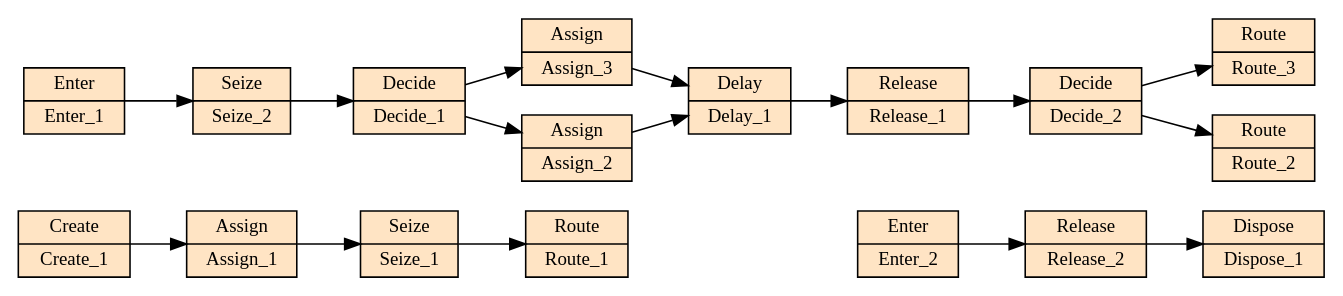
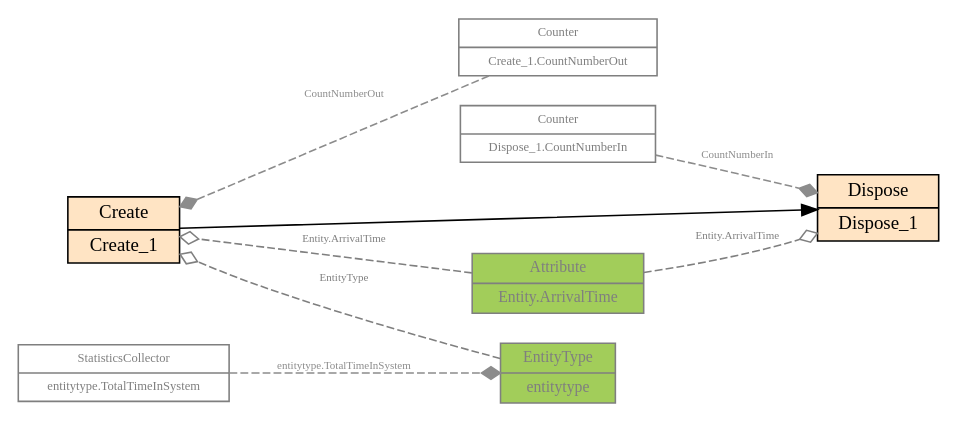
One commit to vits-hugs/Genesys-Simulator changed the diagram in source/applications/gui/qt/GenesysQtGUI/build-GenesysQtGUI-Desktop-Debug/.tempFixedGraphicalModelRepresentation.dot. Above: the diagram before and after it, drawn with Graphviz. The commit also changed 9 other files, not shown here.

```diff
--- a/source/applications/gui/qt/GenesysQtGUI/build-GenesysQtGUI-Desktop-Debug/.tempFixedGraphicalModelRepresentation.dot
+++ b/source/applications/gui/qt/GenesysQtGUI/build-GenesysQtGUI-Desktop-Debug/.tempFixedGraphicalModelRepresentation.dot
@@ -1,44 +1,26 @@
 digraph G {
   compound=true; rankdir=LR; 
   // model level
   {
      rank=min  // 0
      Create_1 [shape=record, fontsize=12, fontcolor=black, style=filled, fillcolor=bisque, label="Create|Create_1"];
   }
   {
      rank=max  // 1
      Dispose_1 [shape=record, fontsize=12, fontcolor=black, style=filled, fillcolor=bisque, label="Dispose|Dispose_1"];
   }
   {
-     Assign_3 [shape=record, fontsize=12, fontcolor=black, style=filled, fillcolor=bisque, label="Assign|Assign_3"];
-     Route_3 [shape=record, fontsize=12, fontcolor=black, style=filled, fillcolor=bisque, label="Route|Route_3"];
-     Route_2 [shape=record, fontsize=12, fontcolor=black, style=filled, fillcolor=bisque, label="Route|Route_2"];
-     Decide_2 [shape=record, fontsize=12, fontcolor=black, style=filled, fillcolor=bisque, label="Decide|Decide_2"];
-     Release_1 [shape=record, fontsize=12, fontcolor=black, style=filled, fillcolor=bisque, label="Release|Release_1"];
-     Delay_1 [shape=record, fontsize=12, fontcolor=black, style=filled, fillcolor=bisque, label="Delay|Delay_1"];
-     Assign_2 [shape=record, fontsize=12, fontcolor=black, style=filled, fillcolor=bisque, label="Assign|Assign_2"];
-     Decide_1 [shape=record, fontsize=12, fontcolor=black, style=filled, fillcolor=bisque, label="Decide|Decide_1"];
-     Seize_2 [shape=record, fontsize=12, fontcolor=black, style=filled, fillcolor=bisque, label="Seize|Seize_2"];
-     Enter_1 [shape=record, fontsize=12, fontcolor=black, style=filled, fillcolor=bisque, label="Enter|Enter_1"];
-     Release_2 [shape=record, fontsize=12, fontcolor=black, style=filled, fillcolor=bisque, label="Release|Release_2"];
-     Enter_2 [shape=record, fontsize=12, fontcolor=black, style=filled, fillcolor=bisque, label="Enter|Enter_2"];
-     Route_1 [shape=record, fontsize=12, fontcolor=black, style=filled, fillcolor=bisque, label="Route|Route_1"];
-     Seize_1 [shape=record, fontsize=12, fontcolor=black, style=filled, fillcolor=bisque, label="Seize|Seize_1"];
-     Assign_1 [shape=record, fontsize=12, fontcolor=black, style=filled, fillcolor=bisque, label="Assign|Assign_1"];
-       Seize_1->Route_1[style=solid, arrowhead="normal" color=black, fontcolor=black, fontsize=7];
-       Assign_1->Seize_1[style=solid, arrowhead="normal" color=black, fontcolor=black, fontsize=7];
-       Create_1->Assign_1[style=solid, arrowhead="normal" color=black, fontcolor=black, fontsize=7];
-       Release_2->Dispose_1[style=solid, arrowhead="normal" color=black, fontcolor=black, fontsize=7];
-       Enter_2->Release_2[style=solid, arrowhead="normal" color=black, fontcolor=black, fontsize=7];
-       Decide_2->Route_2[style=solid, arrowhead="normal" color=black, fontcolor=black, fontsize=7];
-       Decide_2->Route_3[style=solid, arrowhead="normal" color=black, fontcolor=black, fontsize=7];
-       Release_1->Decide_2[style=solid, arrowhead="normal" color=black, fontcolor=black, fontsize=7];
-       Delay_1->Release_1[style=solid, arrowhead="normal" color=black, fontcolor=black, fontsize=7];
-       Assign_2->Delay_1[style=solid, arrowhead="normal" color=black, fontcolor=black, fontsize=7];
-       Decide_1->Assign_2[style=solid, arrowhead="normal" color=black, fontcolor=black, fontsize=7];
-       Assign_3->Delay_1[style=solid, arrowhead="normal" color=black, fontcolor=black, fontsize=7];
-       Decide_1->Assign_3[style=solid, arrowhead="normal" color=black, fontcolor=black, fontsize=7];
-       Seize_2->Decide_1[style=solid, arrowhead="normal" color=black, fontcolor=black, fontsize=7];
-       Enter_1->Seize_2[style=solid, arrowhead="normal" color=black, fontcolor=black, fontsize=7];
+     Dispose_1_CountNumberIn [shape=record, fontsize=8, color=gray50, fontcolor=gray50, label="Counter|Dispose_1.CountNumberIn"];
+     entitytype_TotalTimeInSystem [shape=record, fontsize=8, color=gray50, fontcolor=gray50, label="StatisticsCollector|entitytype.TotalTimeInSystem"];
+     entitytype [shape=record, fontsize=10, color=gray50, fontcolor=gray50, style=filled, fillcolor=darkolivegreen3, label="EntityType|entitytype"];
+     Entity_ArrivalTime [shape=record, fontsize=10, color=gray50, fontcolor=gray50, style=filled, fillcolor=darkolivegreen3, label="Attribute|Entity.ArrivalTime"];
+     Create_1_CountNumberOut [shape=record, fontsize=8, color=gray50, fontcolor=gray50, label="Counter|Create_1.CountNumberOut"];
+       Create_1_CountNumberOut->Create_1 [style=dashed, arrowhead="diamond", color=gray55, fontcolor=gray55, fontsize=7, label="CountNumberOut"];
+       Entity_ArrivalTime->Create_1 [style=dashed, arrowhead="ediamond", color=gray50, fontcolor=gray50, fontsize=7, label="Entity.ArrivalTime"];
+       entitytype_TotalTimeInSystem->entitytype [style=dashed, arrowhead="diamond", color=gray55, fontcolor=gray55, fontsize=7, label="entitytype.TotalTimeInSystem"];
+       entitytype->Create_1 [style=dashed, arrowhead="ediamond", color=gray50, fontcolor=gray50, fontsize=7, label="EntityType"];
+       Dispose_1_CountNumberIn->Dispose_1 [style=dashed, arrowhead="diamond", color=gray55, fontcolor=gray55, fontsize=7, label="CountNumberIn"];
+       Entity_ArrivalTime->Dispose_1 [style=dashed, arrowhead="ediamond", color=gray50, fontcolor=gray50, fontsize=7, label="Entity.ArrivalTime"];
+       Create_1->Dispose_1[style=solid, arrowhead="normal" color=black, fontcolor=black, fontsize=7];
   }
 }
```
